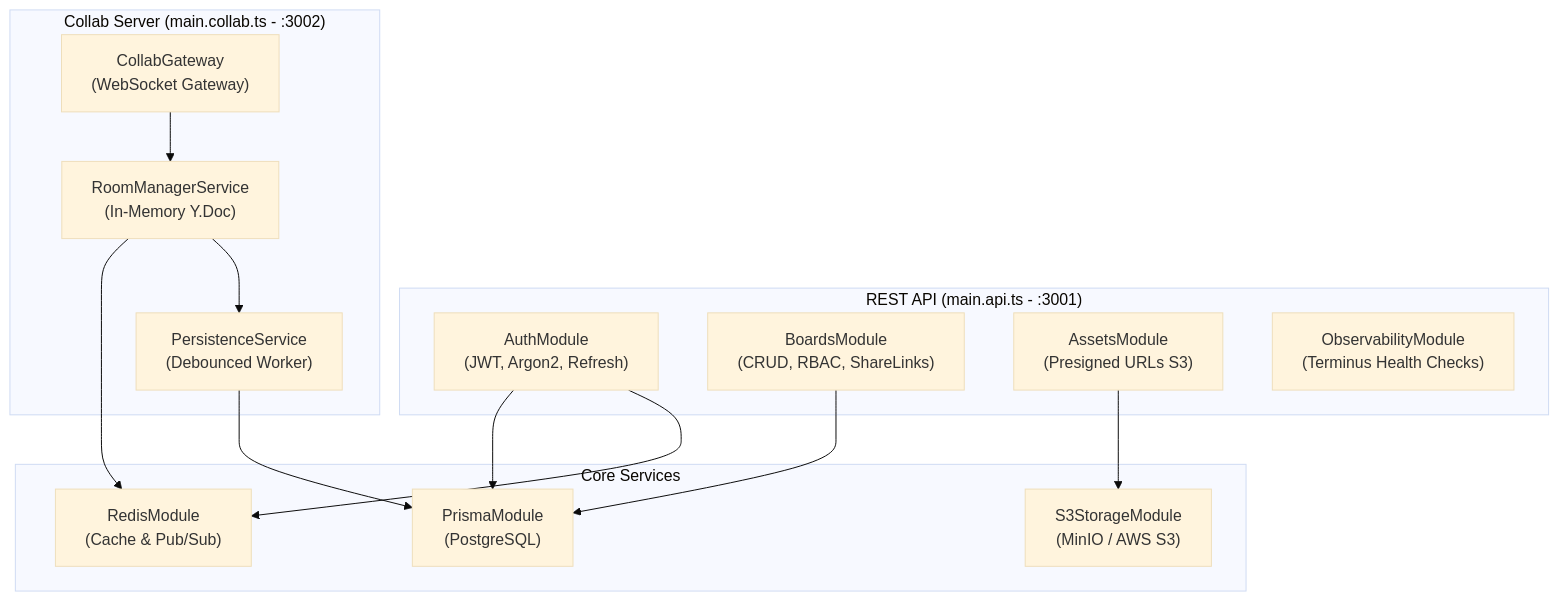
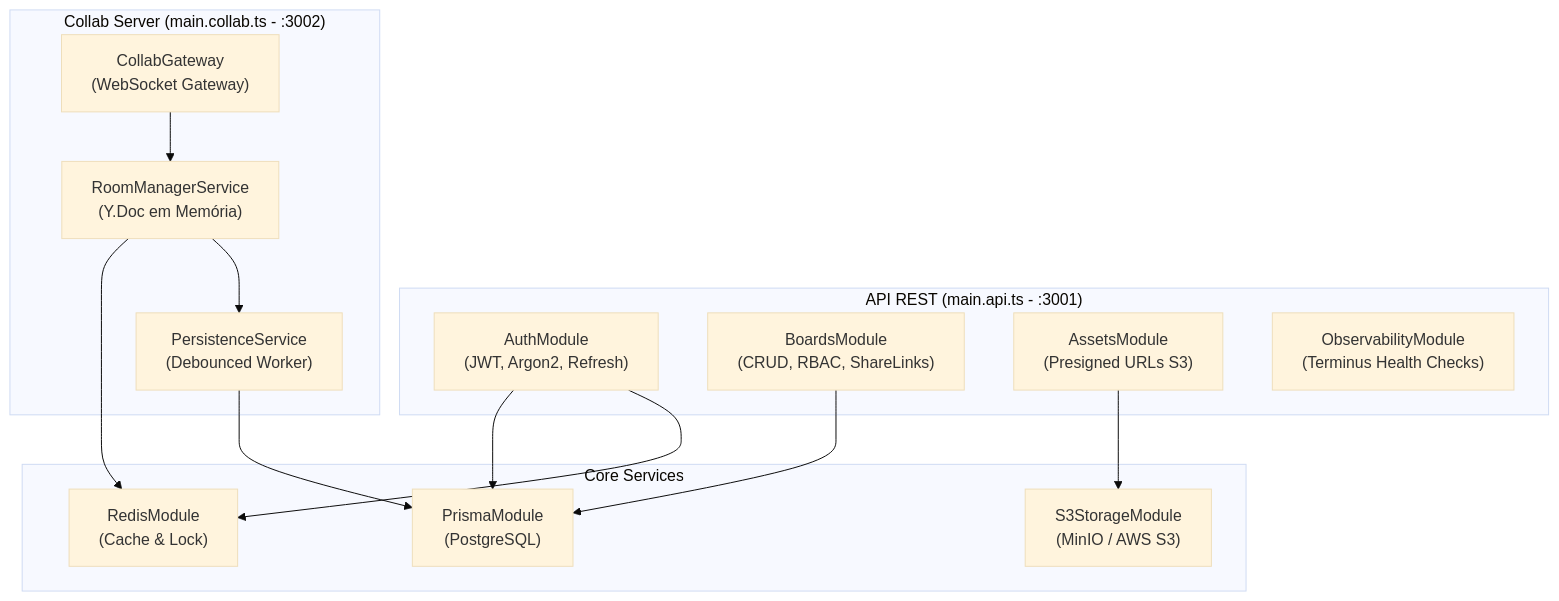
One commit to GabrielFeijo/whiteboard-backend changed the diagram in README.md. Above: the diagram before and after it, drawn with Mermaid (base theme). The commit also changed other lines of this file, not shown here.

````diff
--- a/README.md
+++ b/README.md
@@ -48,30 +47,30 @@
 ```mermaid
 flowchart TD
-  subgraph HTTP["REST API (main.api.ts - :3001)"]
+  subgraph HTTP["API REST (main.api.ts - :3001)"]
     AuthMod["AuthModule<br/>(JWT, Argon2, Refresh)"]
     BoardsMod["BoardsModule<br/>(CRUD, RBAC, ShareLinks)"]
     AssetsMod["AssetsModule<br/>(Presigned URLs S3)"]
     HealthMod["ObservabilityModule<br/>(Terminus Health Checks)"]
   end
 
   subgraph WS["Collab Server (main.collab.ts - :3002)"]
     CollabGateway["CollabGateway<br/>(WebSocket Gateway)"]
-    RoomManager["RoomManagerService<br/>(In-Memory Y.Doc)"]
+    RoomManager["RoomManagerService<br/>(Y.Doc em Memória)"]
     PersistService["PersistenceService<br/>(Debounced Worker)"]
   end
 
   subgraph Core["Core Services"]
     PrismaService["PrismaModule<br/>(PostgreSQL)"]
-    RedisService["RedisModule<br/>(Cache & Pub/Sub)"]
+    RedisService["RedisModule<br/>(Cache & Lock)"]
     S3Service["S3StorageModule<br/>(MinIO / AWS S3)"]
   end
 
   AuthMod --> PrismaService
   AuthMod --> RedisService
   BoardsMod --> PrismaService
   AssetsMod --> S3Service
   CollabGateway --> RoomManager
   RoomManager --> RedisService
   RoomManager --> PersistService
   PersistService --> PrismaService
 ```
````
